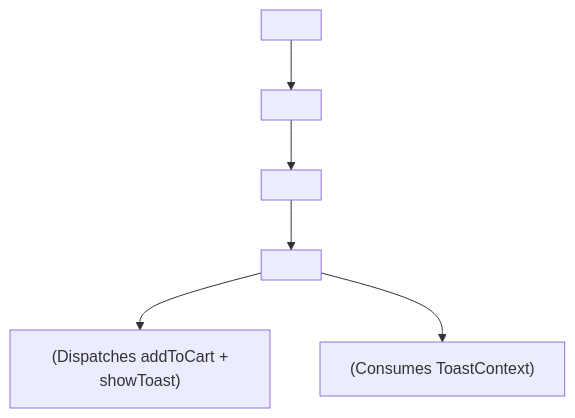
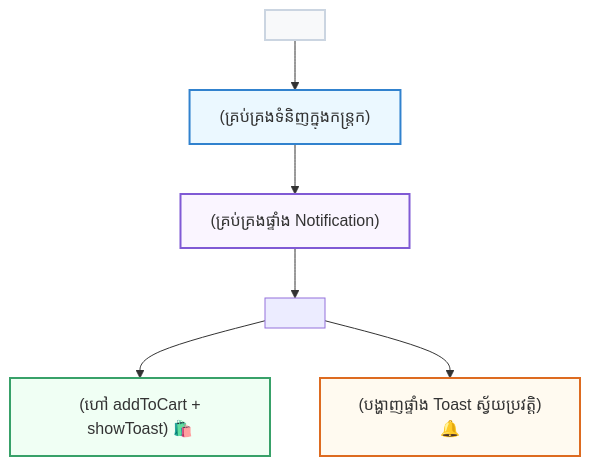
One commit to Ari-ICU/full-stack-short-coures changed the diagram in src/courses/react/module-7-global-state/05-mini-project.mdx. Above: the diagram before and after it, drawn with Mermaid. The commit also changed other lines of this file and 7 other files, not shown here.

Commit message:
feat: add ReactPitfallsDiagram component and update global state course content to explain derived state and useEffect pitfalls

````diff
--- a/src/courses/react/module-7-global-state/05-mini-project.mdx
+++ b/src/courses/react/module-7-global-state/05-mini-project.mdx
@@ -24,8 +26,14 @@
 ```mermaid
 graph TD
-    Root["<App>"] --> CP["<CartProvider>"]
-    CP --> TP["<ToastProvider>"]
+    Root["<App>"] --> CP["<CartProvider> (គ្រប់គ្រងទំនិញក្នុងកន្ត្រក)"]
+    CP --> TP["<ToastProvider> (គ្រប់គ្រងផ្ទាំង Notification)"]
     TP --> Layout["<ShopLayout>"]
-    Layout --> Grid["<ProductGrid> (Dispatches addToCart + showToast)"]
-    Layout --> Toast["<ToastContainer> (Consumes ToastContext)"]
+    Layout --> Grid["<ProductGrid> (ហៅ addToCart + showToast) 🛍️"]
+    Layout --> Toast["<ToastContainer> (បង្ហាញផ្ទាំង Toast ស្វ័យប្រវត្តិ) 🔔"]
+
+    style Root fill:#f8f9fa,stroke:#cbd5e1,stroke-width:2px
+    style CP fill:#ebf8ff,stroke:#3182ce,stroke-width:2px
+    style TP fill:#faf5ff,stroke:#805ad5,stroke-width:2px
+    style Grid fill:#f0fff4,stroke:#38a169,stroke-width:2px
+    style Toast fill:#fffaf0,stroke:#dd6b20,stroke-width:2px
 ```
````
